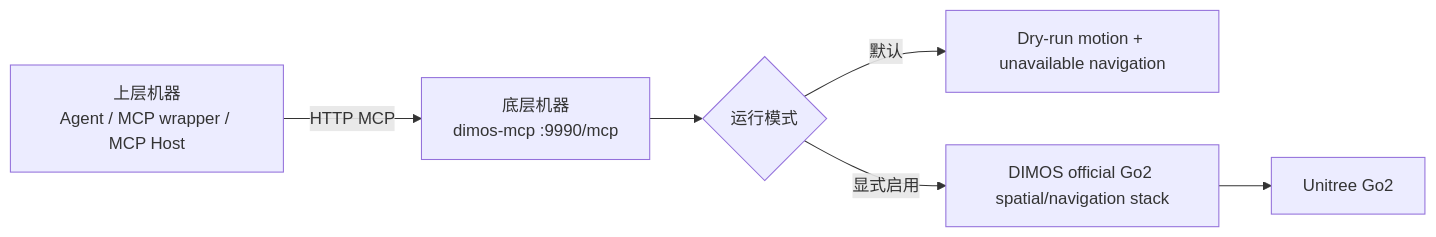
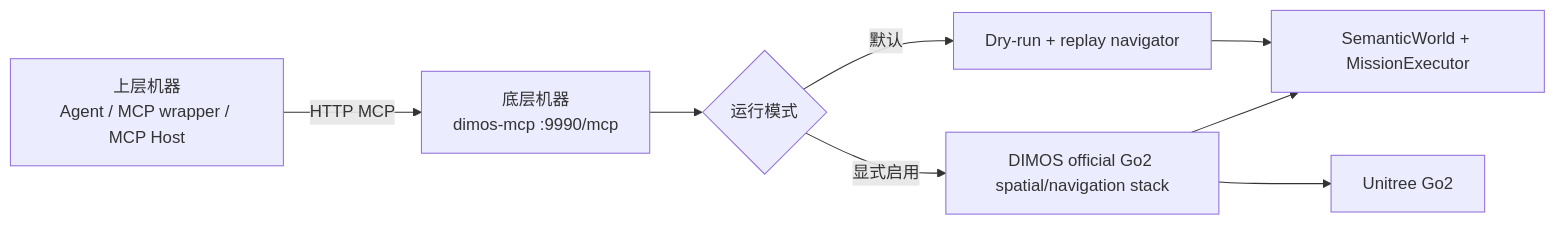
The diagram in components/dimos-mcp/README.md (J9HSON/agent), drawn with Mermaid before and after one commit. The commit also changed other lines of this file and 87 other files, not shown here.

````diff
--- a/components/dimos-mcp/README.md
+++ b/components/dimos-mcp/README.md
@@ -5,8 +9,10 @@
 ```mermaid
 flowchart LR
     U["上层机器<br/>Agent / MCP wrapper / MCP Host"] -->|"HTTP MCP"| M["底层机器<br/>dimos-mcp :9990/mcp"]
     M --> C{"运行模式"}
-    C -->|"默认"| D["Dry-run motion + unavailable navigation"]
+    C -->|"默认"| D["Dry-run + replay navigator"]
     C -->|"显式启用"| G["DIMOS official Go2 spatial/navigation stack"]
+    D --> T["SemanticWorld + MissionExecutor"]
+    G --> T
     G --> R["Unitree Go2"]
 ```
````
